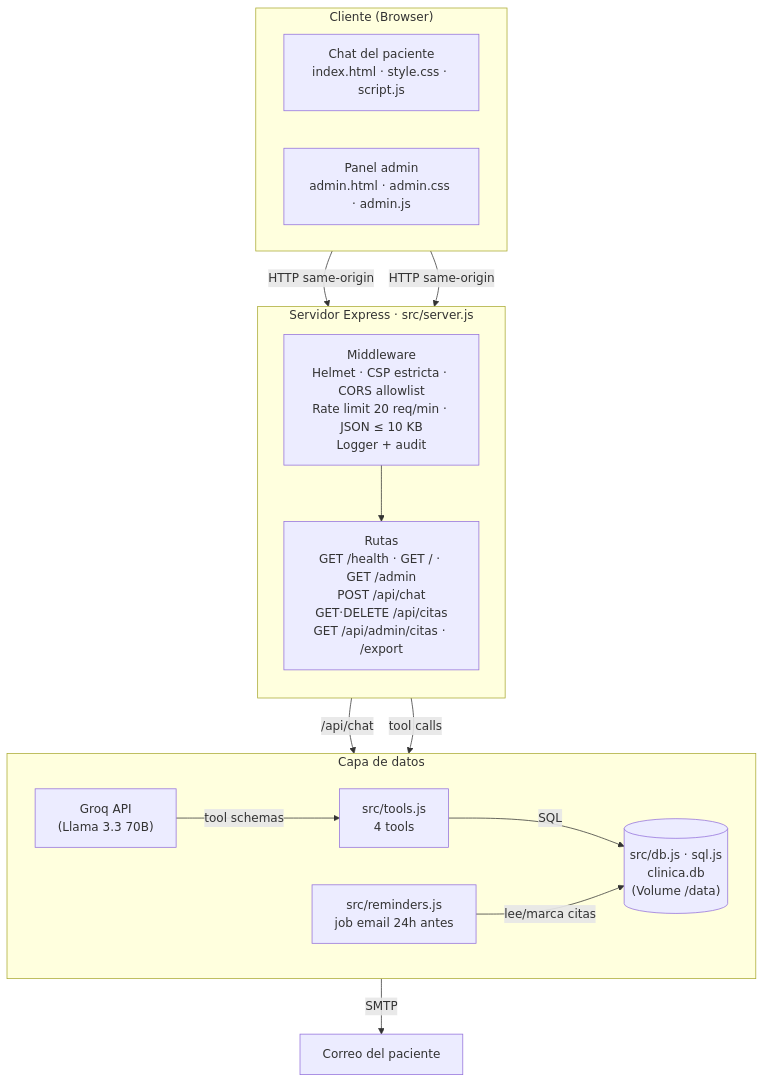
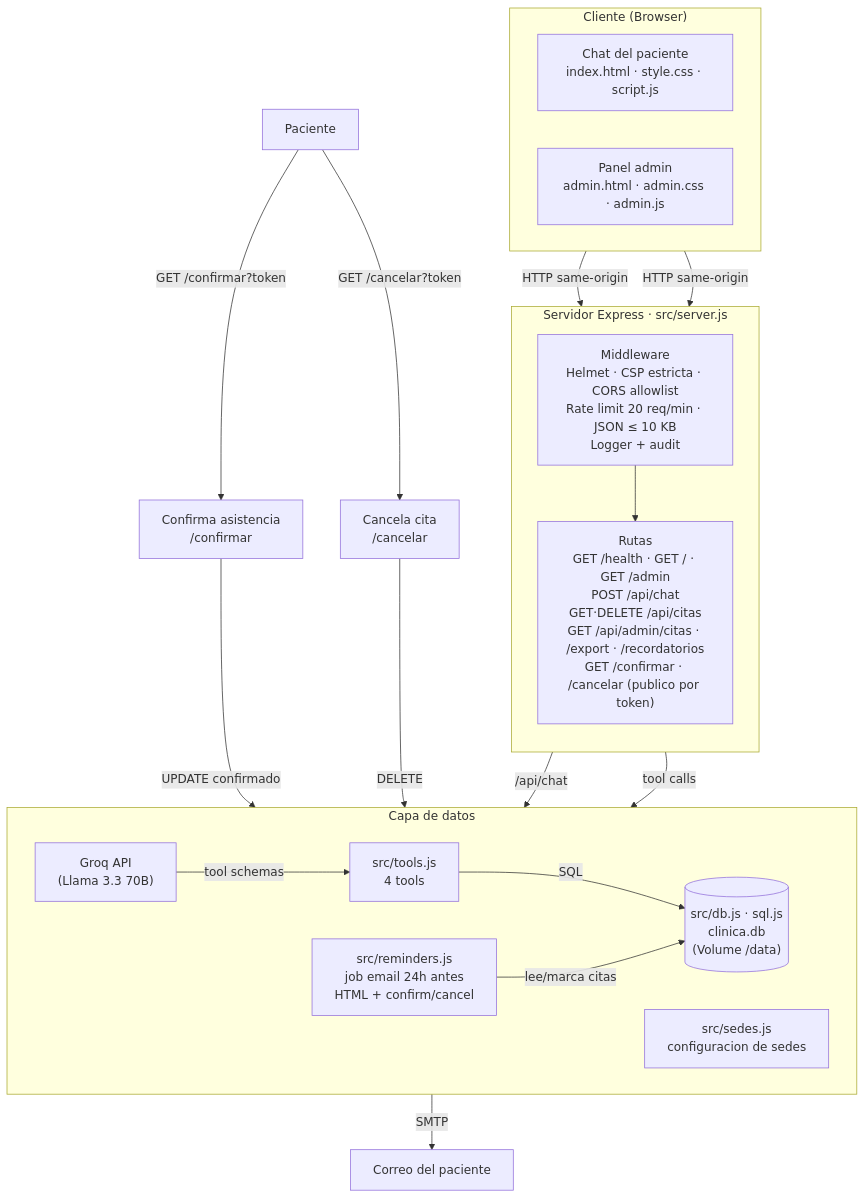
One commit to Hisantirness/chatbot-clinica-dental changed the first of 4 diagrams in README.md. Above: the diagram before and after it, drawn with Mermaid. The commit also changed other lines of this file and 16 other files, not shown here.

First line of the commit message:
Fase 3: confirmacion de citas, multi-sede y reporte de recordatorios

````diff
--- a/README.md
+++ b/README.md
@@ -35,32 +35,37 @@
 ```mermaid
 flowchart TD
     subgraph Client["Cliente (Browser)"]
         direction LR
         Chat["Chat del paciente<br/>index.html · style.css · script.js"]
         Admin["Panel admin<br/>admin.html · admin.css · admin.js"]
     end
 
     subgraph Express["Servidor Express · src/server.js"]
         direction TB
         Middleware["Middleware<br/>Helmet · CSP estricta · CORS allowlist<br/>Rate limit 20 req/min · JSON ≤ 10 KB<br/>Logger + audit"]
-        Routes["Rutas<br/>GET /health · GET / · GET /admin<br/>POST /api/chat<br/>GET·DELETE /api/citas<br/>GET /api/admin/citas · /export"]
+        Routes["Rutas<br/>GET /health · GET / · GET /admin<br/>POST /api/chat<br/>GET·DELETE /api/citas<br/>GET /api/admin/citas · /export · /recordatorios<br/>GET /confirmar · /cancelar (publico por token)"]
     end
 
     subgraph Data["Capa de datos"]
         direction LR
         Groq["Groq API<br/>(Llama 3.3 70B)"]
         Tools["src/tools.js<br/>4 tools"]
-        Reminders["src/reminders.js<br/>job email 24h antes"]
+        Reminders["src/reminders.js<br/>job email 24h antes<br/>HTML + confirm/cancel"]
+        Sedes["src/sedes.js<br/>configuracion de sedes"]
         DB[("src/db.js · sql.js<br/>clinica.db<br/>(Volume /data)")]
     end
 
     Chat -->|HTTP same-origin| Middleware
     Admin -->|HTTP same-origin| Middleware
     Middleware --> Routes
     Routes -->|"/api/chat"| Groq
     Routes -->|"tool calls"| Tools
     Tools -->|"SQL"| DB
     Reminders -->|"lee/marca citas"| DB
     Reminders -->|"SMTP"| Email["Correo del paciente"]
+    Paciente -->|"GET /confirmar?token"| Confirmar["Confirma asistencia<br/>/confirmar"]
+    Paciente -->|"GET /cancelar?token"| Cancelar["Cancela cita<br/>/cancelar"]
+    Confirmar -->|"UPDATE confirmado"| DB
+    Cancelar -->|"DELETE"| DB
     Groq -->|"tool schemas"| Tools
 ```
````
